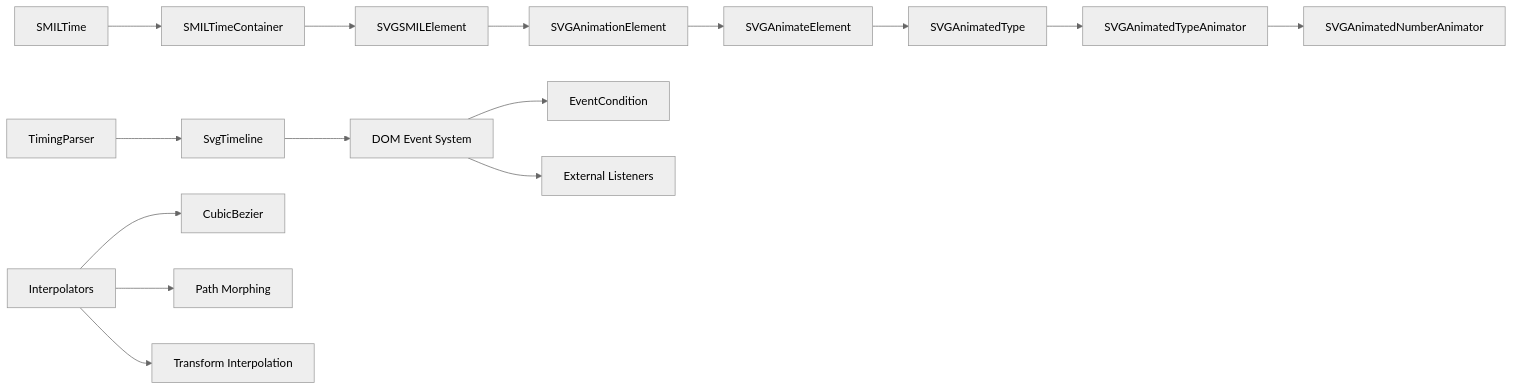
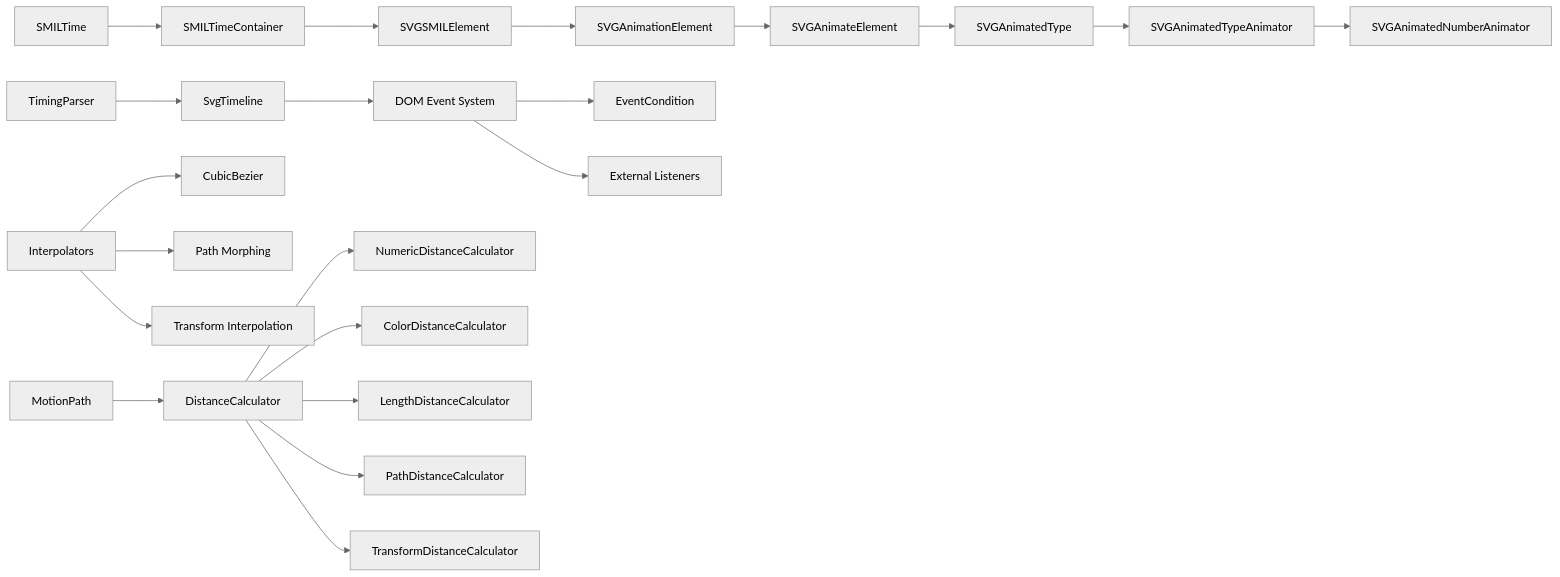
Diagram 13 of 13 in .qoder/repowiki/en/content/Animated SVG Support/SMIL Animation Specification/Improved SMIL Animation Runtime.md (denisnadey/flutter_full_svg_support), drawn with Mermaid (neutral theme) before and after one commit. The commit also changed other lines of this file and 18 other files, not shown here.

First line of the commit message:
feat(smil): enhance animation runtime with discrete calcMode and motion path improvements

````diff
--- a/.qoder/repowiki/en/content/Animated SVG Support/SMIL Animation Specification/Improved SMIL Animation Runtime.md
+++ b/.qoder/repowiki/en/content/Animated SVG Support/SMIL Animation Specification/Improved SMIL Animation Runtime.md
@@ -540,17 +690,23 @@
 ```mermaid
 graph LR
 SMILTime["SMILTime"] --> SMILTimeContainer["SMILTimeContainer"]
 SMILTimeContainer --> SVGSMILElement["SVGSMILElement"]
 SVGSMILElement --> SVGAnimationElement["SVGAnimationElement"]
 SVGAnimationElement --> SVGAnimateElement["SVGAnimateElement"]
 SVGAnimateElement --> SVGAnimatedType["SVGAnimatedType"]
 SVGAnimatedType --> SVGAnimatedTypeAnimator["SVGAnimatedTypeAnimator"]
 SVGAnimatedTypeAnimator --> SVGAnimatedNumberAnimator["SVGAnimatedNumberAnimator"]
 TimingParser["TimingParser"] --> SvgTimeline["SvgTimeline"]
 SvgTimeline --> DOMEventSystem["DOM Event System"]
 DOMEventSystem --> EventCondition["EventCondition"]
 DOMEventSystem --> ExternalListeners["External Listeners"]
 Interpolators["Interpolators"] --> CubicBezier["CubicBezier"]
 Interpolators --> PathMorphing["Path Morphing"]
 Interpolators --> TransformInterpolation["Transform Interpolation"]
+MotionPath["MotionPath"] --> DistanceCalculator["DistanceCalculator"]
+DistanceCalculator --> NumericDistance["NumericDistanceCalculator"]
+DistanceCalculator --> ColorDistance["ColorDistanceCalculator"]
+DistanceCalculator --> LengthDistance["LengthDistanceCalculator"]
+DistanceCalculator --> PathDistance["PathDistanceCalculator"]
+DistanceCalculator --> TransformDistance["TransformDistanceCalculator"]
 ```
````
